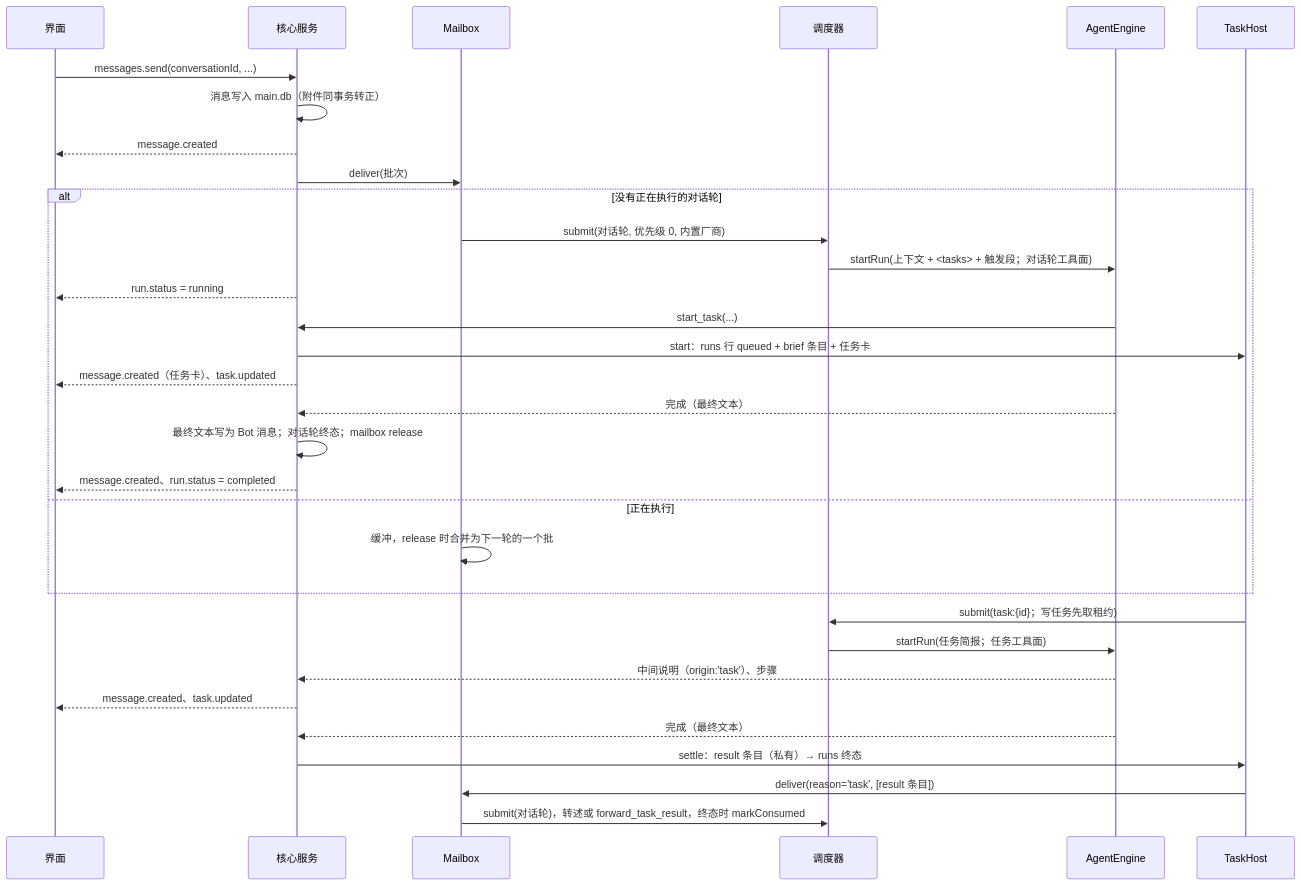
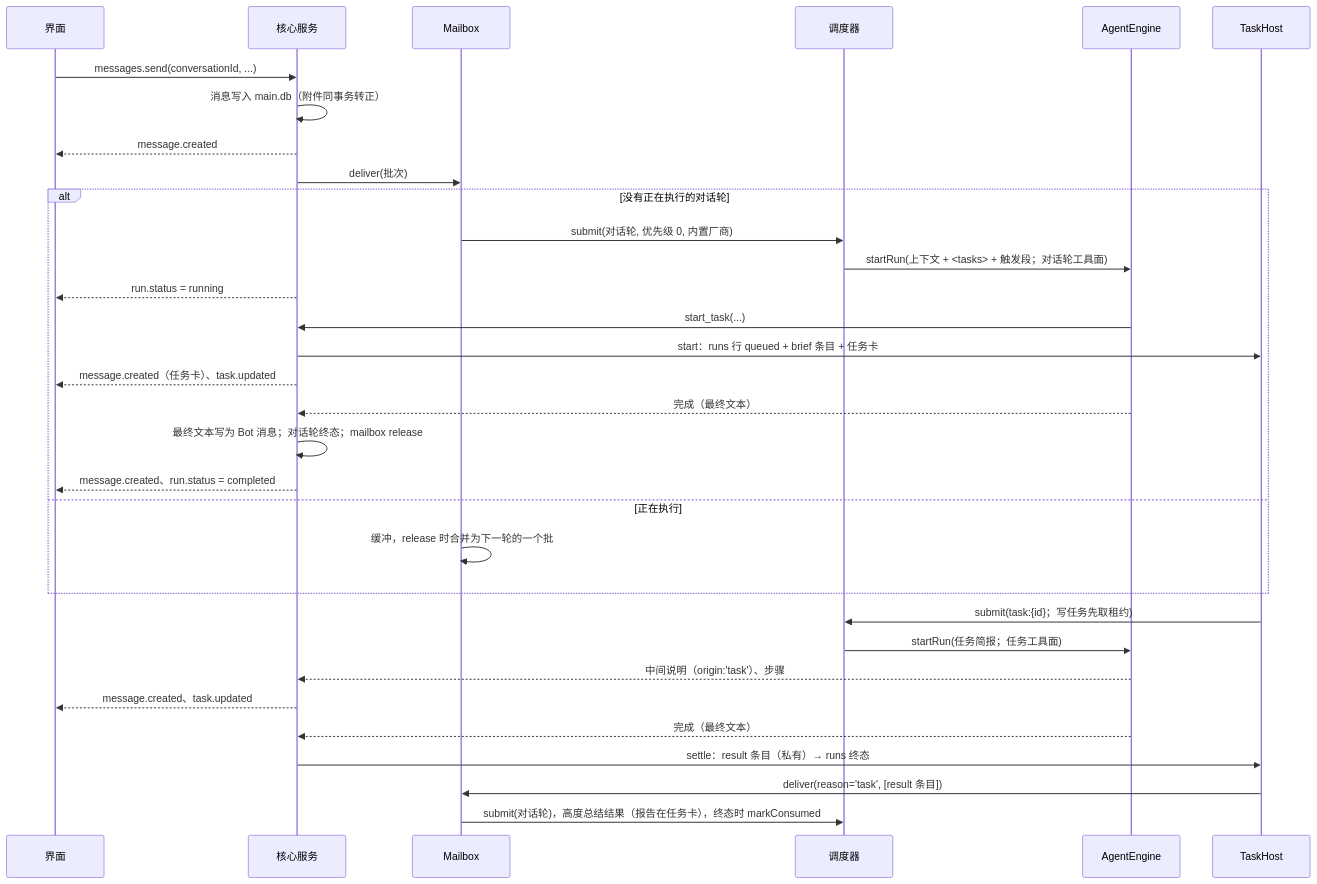
One commit to jooler/kepcup changed the second of 3 diagrams in docs/dev/02-architecture.md. Above: the diagram before and after it, drawn with Mermaid. The commit also changed 33 other files, not shown here.

First line of the commit message:
feat(tasks): 执行报告移入任务详情页，移除 forward_task_result

````diff
--- a/docs/dev/02-architecture.md
+++ b/docs/dev/02-architecture.md
@@ -351,34 +351,34 @@
 ```mermaid
 sequenceDiagram
   participant U as 界面
   participant C as 核心服务
   participant MB as Mailbox
   participant S as 调度器
   participant E as AgentEngine
   participant T as TaskHost
   U->>C: messages.send(conversationId, ...)
   C->>C: 消息写入 main.db（附件同事务转正）
   C-->>U: message.created
   C->>MB: deliver(批次)
   alt 没有正在执行的对话轮
     MB->>S: submit(对话轮, 优先级 0, 内置厂商)
     S->>E: startRun(上下文 + <tasks> + 触发段；对话轮工具面)
     C-->>U: run.status = running
     E->>C: start_task(...)
     C->>T: start：runs 行 queued + brief 条目 + 任务卡
     C-->>U: message.created（任务卡）、task.updated
     E-->>C: 完成（最终文本）
     C->>C: 最终文本写为 Bot 消息；对话轮终态；mailbox release
     C-->>U: message.created、run.status = completed
   else 正在执行
     MB->>MB: 缓冲，release 时合并为下一轮的一个批
   end
   T->>S: submit(task:{id}；写任务先取租约)
   S->>E: startRun(任务简报；任务工具面)
   E-->>C: 中间说明（origin:'task'）、步骤
   C-->>U: message.created、task.updated
   E-->>C: 完成（最终文本）
   C->>T: settle：result 条目（私有）→ runs 终态
   T->>MB: deliver(reason='task', [result 条目])
-  MB->>S: submit(对话轮)，转述或 forward_task_result，终态时 markConsumed
+  MB->>S: submit(对话轮)，高度总结结果（报告在任务卡），终态时 markConsumed
 ```
````
